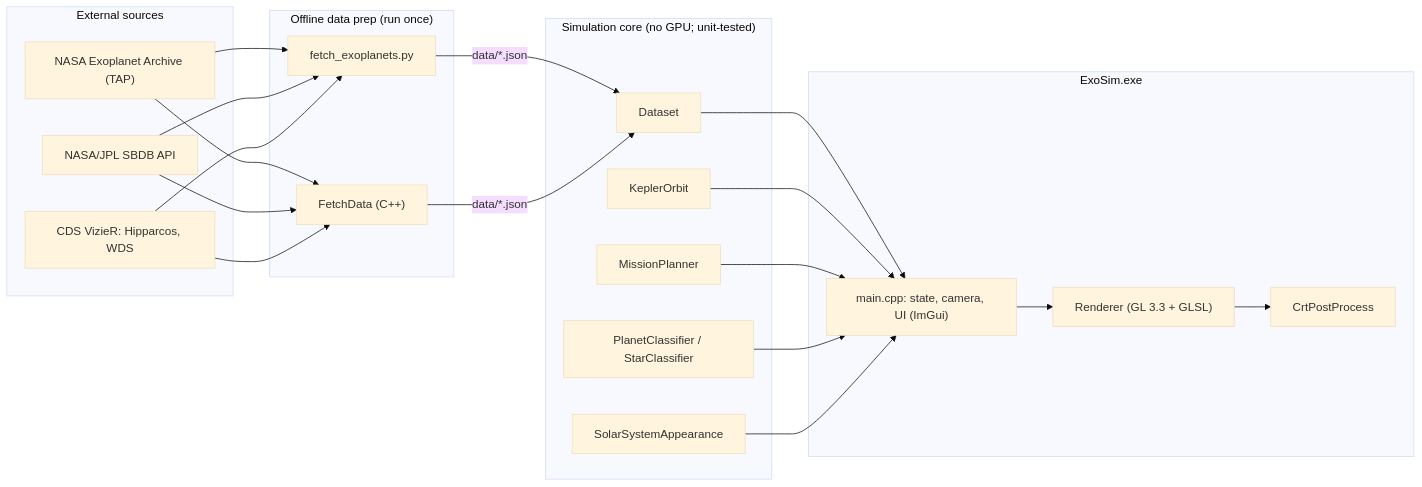
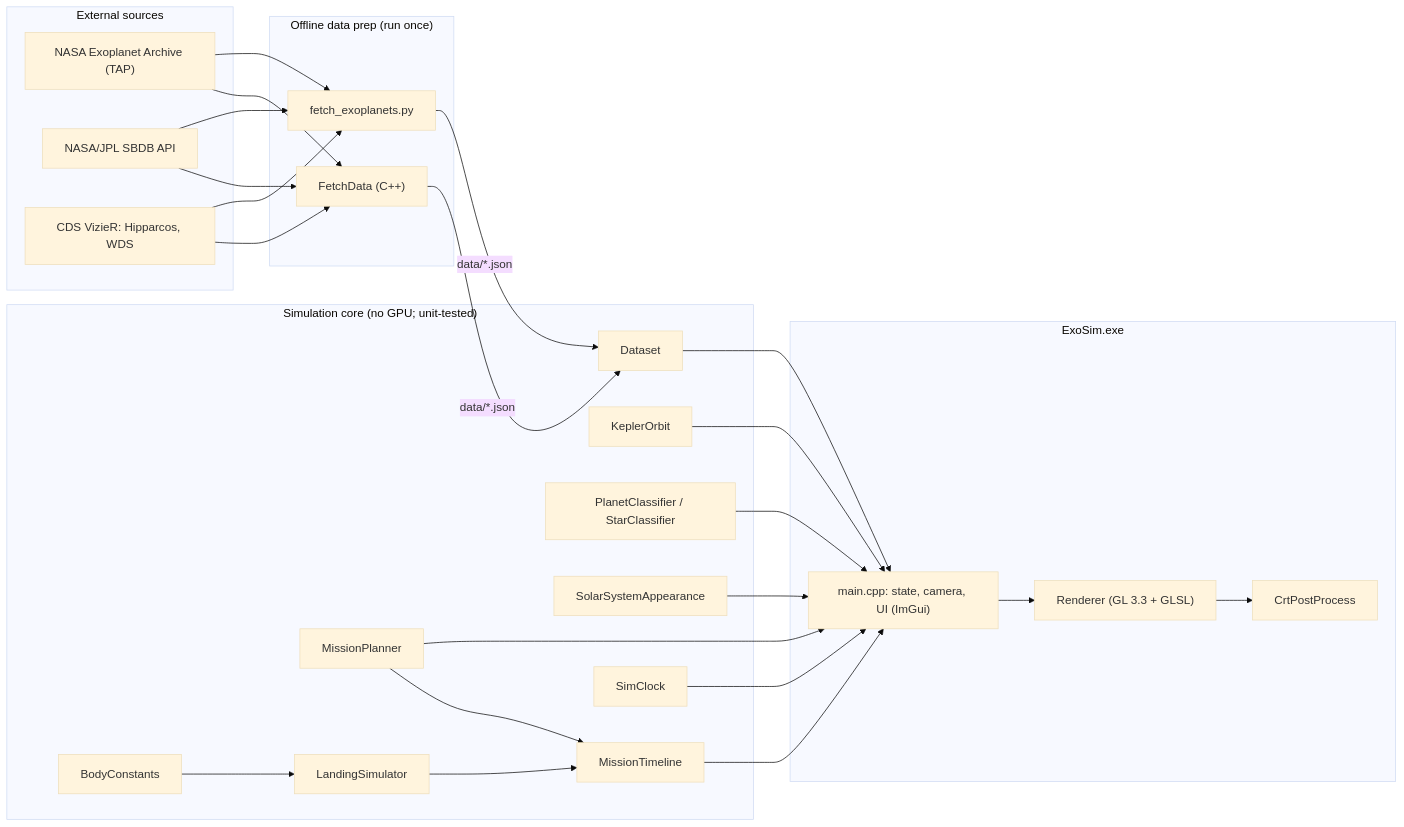
Before and after one commit to rayoazul777/ExoSim: the diagram in docs/ARCHITECTURE.md, drawn with Mermaid (base theme). The commit also changed other lines of this file and 20 other files, not shown here.

````diff
--- a/docs/ARCHITECTURE.md
+++ b/docs/ARCHITECTURE.md
@@ -5,29 +5,36 @@
 ```mermaid
 flowchart LR
     subgraph Offline["Offline data prep (run once)"]
         F1["fetch_exoplanets.py"]
         F2["FetchData (C++)"]
     end
     subgraph Sources["External sources"]
         S1["NASA Exoplanet Archive (TAP)"]
         S2["NASA/JPL SBDB API"]
         S3["CDS VizieR: Hipparcos, WDS"]
     end
     subgraph Core["Simulation core (no GPU; unit-tested)"]
         D["Dataset"]
         K["KeplerOrbit"]
         M["MissionPlanner"]
         C["PlanetClassifier / StarClassifier"]
         A["SolarSystemAppearance"]
+        B["BodyConstants"]
+        LS["LandingSimulator"]
+        TL["MissionTimeline"]
+        CLK["SimClock"]
     end
     subgraph App["ExoSim.exe"]
         MAIN["main.cpp: state, camera, UI (ImGui)"]
         R["Renderer (GL 3.3 + GLSL)"]
         CRT["CrtPostProcess"]
     end
     S1 & S2 & S3 --> F1 & F2
     F1 & F2 -->|"data/*.json"| D
     D --> MAIN
     K & M & C & A --> MAIN
+    B --> LS --> TL
+    M --> TL
+    TL & CLK --> MAIN
     MAIN --> R --> CRT
 ```
````
